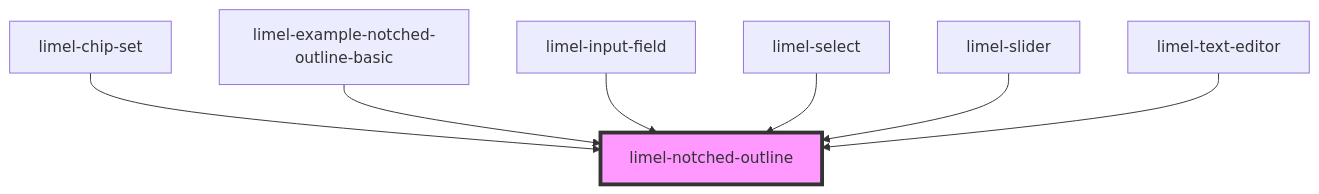
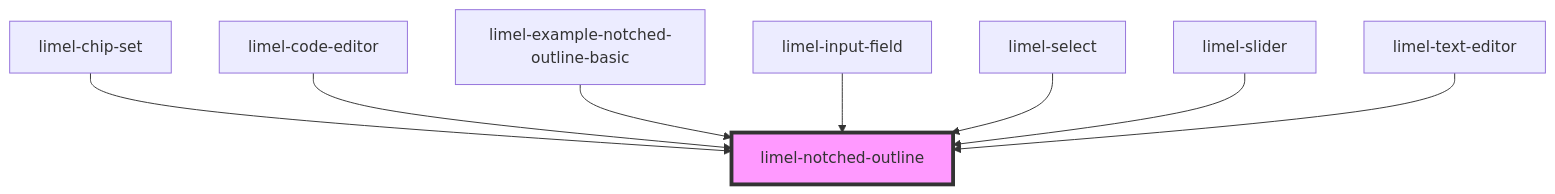
The diagram in versions/PR-3741/markdown-docs/components/notched-outline/readme.md (Lundalogik/lime-elements), drawn with Mermaid before and after one commit. The commit also changed other lines of this file and 220 other files, not shown here.

````diff
--- a/versions/PR-3741/markdown-docs/components/notched-outline/readme.md
+++ b/versions/PR-3741/markdown-docs/components/notched-outline/readme.md
@@ -50,10 +51,11 @@
 ```mermaid
 graph TD;
   limel-chip-set --> limel-notched-outline
+  limel-code-editor --> limel-notched-outline
   limel-example-notched-outline-basic --> limel-notched-outline
   limel-input-field --> limel-notched-outline
   limel-select --> limel-notched-outline
   limel-slider --> limel-notched-outline
   limel-text-editor --> limel-notched-outline
   style limel-notched-outline fill:#f9f,stroke:#333,stroke-width:4px
 ```
````
